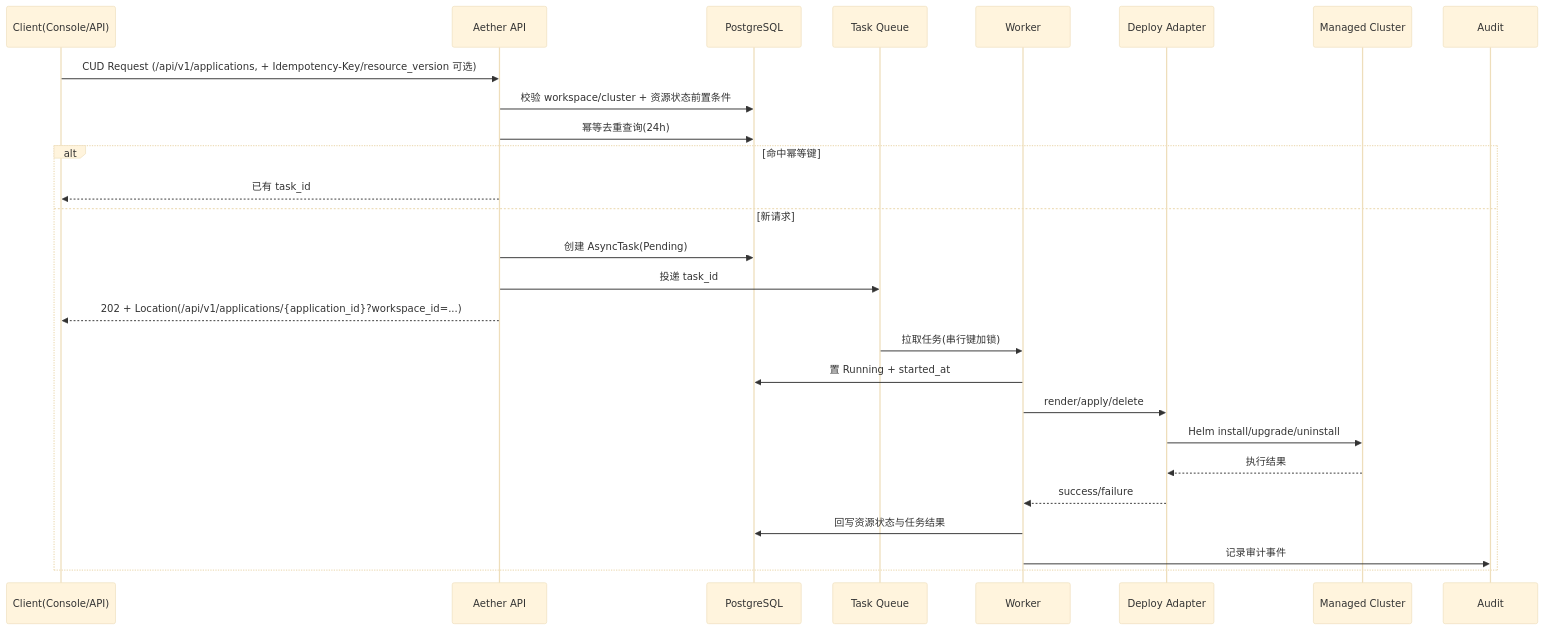
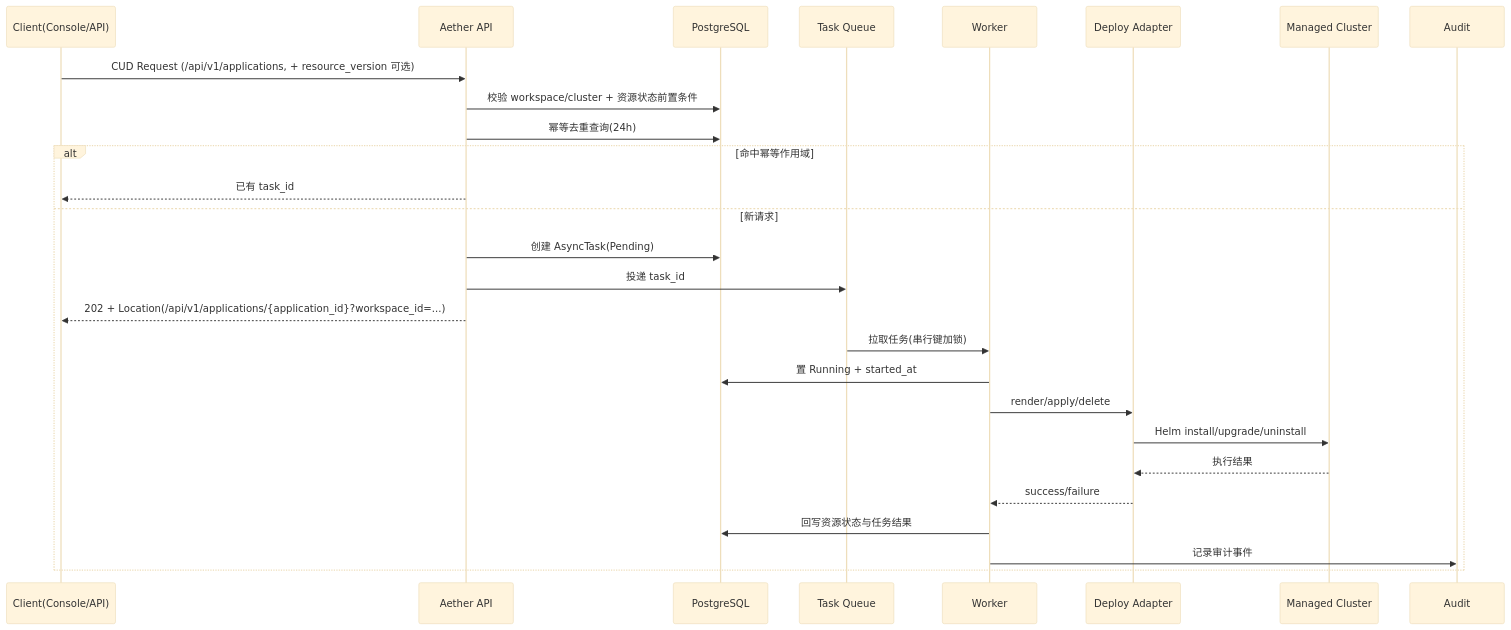
The fourth of 26 diagrams in docs/design.md (sentanl869/aether), drawn with Mermaid (base theme) before and after one commit. The commit also changed other lines of this file and 2 other files, not shown here.

Commit message:
[UPDATE]Complete T33 idempotency-key terminology cleanup (remove external Idempotency-Key/idempotency_key semantics) and sync ADR-109 across design/decision/task docs

````diff
--- a/docs/design.md
+++ b/docs/design.md
@@ -434,30 +434,30 @@
 ```mermaid
 sequenceDiagram
   participant Client as Client(Console/API)
   participant API as Aether API
   participant DB as PostgreSQL
   participant Q as Task Queue
   participant W as Worker
   participant AD as Deploy Adapter
   participant K8S as Managed Cluster
   participant AUD as Audit
 
-  Client->>API: CUD Request (/api/v1/applications, + Idempotency-Key/resource_version 可选)
+  Client->>API: CUD Request (/api/v1/applications, + resource_version 可选)
   API->>DB: 校验 workspace/cluster + 资源状态前置条件
   API->>DB: 幂等去重查询(24h)
-  alt 命中幂等键
+  alt 命中幂等作用域
     API-->>Client: 已有 task_id
   else 新请求
     API->>DB: 创建 AsyncTask(Pending)
     API->>Q: 投递 task_id
     API-->>Client: 202 + Location(/api/v1/applications/{application_id}?workspace_id=...)
     Q->>W: 拉取任务(串行键加锁)
     W->>DB: 置 Running + started_at
     W->>AD: render/apply/delete
     AD->>K8S: Helm install/upgrade/uninstall
     K8S-->>AD: 执行结果
     AD-->>W: success/failure
     W->>DB: 回写资源状态与任务结果
     W->>AUD: 记录审计事件
   end
 ```
````
